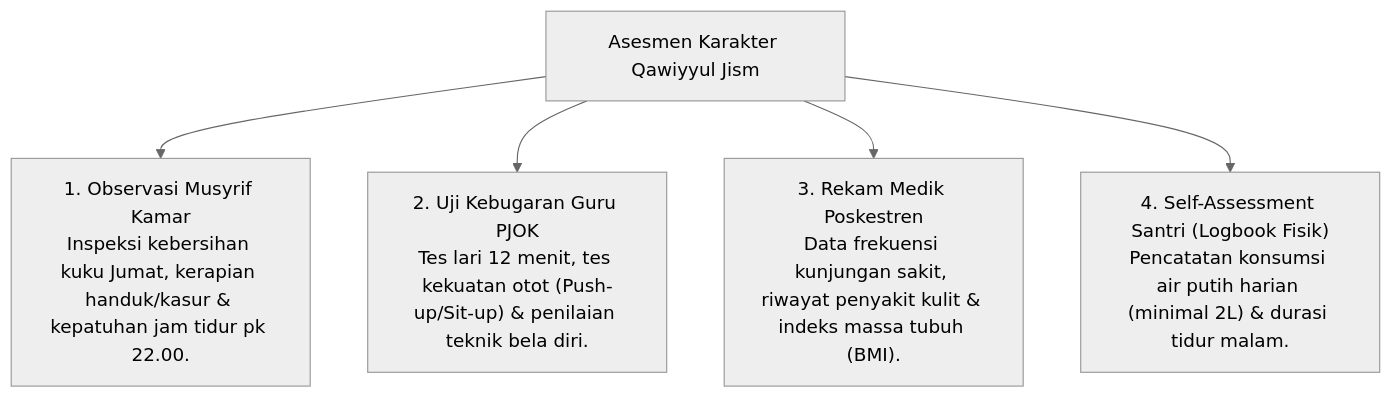
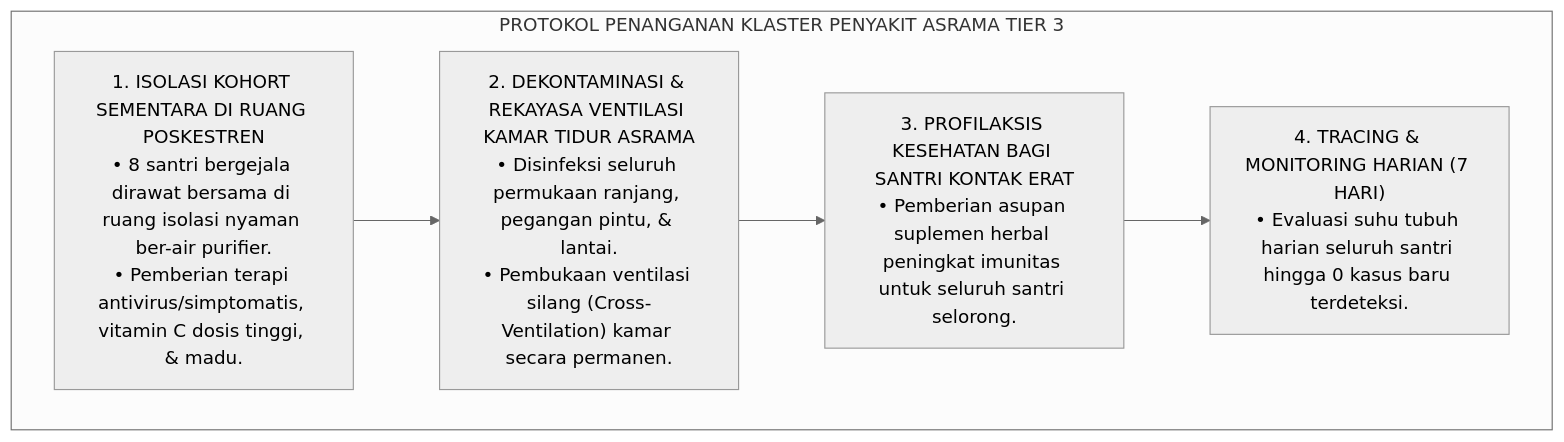
The fifth of 6 diagrams in 03 Capacity Framework/07 Qawiyyul Jism/P3-07-09-Pemetaan-Asesmen-dan-Triangulasi.md (wandiapriliyandi/tumbuh), drawn with Mermaid (neutral theme) before and after one commit. The commit also changed other lines of this file and 14 other files, not shown here.

Commit message:
docs(03-capacity): complete 15 research monographs for 07 Qawiyyul Jism

````diff
--- a/03 Capacity Framework/07 Qawiyyul Jism/P3-07-09-Pemetaan-Asesmen-dan-Triangulasi.md
+++ b/03 Capacity Framework/07 Qawiyyul Jism/P3-07-09-Pemetaan-Asesmen-dan-Triangulasi.md
@@ -10,9 +135,14 @@
 ```mermaid
-graph TD
-    Jism_Assess["Asesmen Karakter Qawiyyul Jism"]
-    
-    Jism_Assess --> A1["1. Observasi Musyrif Kamar<br/>Inspeksi kebersihan kuku Jumat, kerapian handuk/kasur & kepatuhan jam tidur pk 22.00."]
-    Jism_Assess --> A2["2. Uji Kebugaran Guru PJOK<br/>Tes lari 12 menit, tes kekuatan otot (Push-up/Sit-up) & penilaian teknik bela diri."]
-    Jism_Assess --> A3["3. Rekam Medik Poskestren<br/>Data frekuensi kunjungan sakit, riwayat penyakit kulit & indeks massa tubuh (BMI)."]
-    Jism_Assess --> A4["4. Self-Assessment Santri (Logbook Fisik)<br/>Pencatatan konsumsi air putih harian (minimal 2L) & durasi tidur malam."]
+flowchart TD
+    subgraph ProtokolPenangananKlaster["PROTOKOL PENANGANAN KLASTER PENYAKIT ASRAMA TIER 3"]
+        E1["1. ISOLASI KOHORT SEMENTARA DI RUANG POSKESTREN<br/>• 8 santri bergejala dirawat bersama di ruang isolasi nyaman ber-air purifier.<br/>• Pemberian terapi antivirus/simptomatis, vitamin C dosis tinggi, & madu."]
+        
+        E2["2. DEKONTAMINASI & REKAYASA VENTILASI KAMAR TIDUR ASRAMA<br/>• Disinfeksi seluruh permukaan ranjang, pegangan pintu, & lantai.<br/>• Pembukaan ventilasi silang (Cross-Ventilation) kamar secara permanen."]
+        
+        E3["3. PROFILAKSIS KESEHATAN BAGI SANTRI KONTAK ERAT<br/>• Pemberian asupan suplemen herbal peningkat imunitas untuk seluruh santri selorong."]
+        
+        E4["4. TRACING & MONITORING HARIAN (7 HARI)<br/>• Evaluasi suhu tubuh harian seluruh santri hingga 0 kasus baru terdeteksi."]
+        
+        E1 --> E2 --> E3 --> E4
+    end
 ```
````
